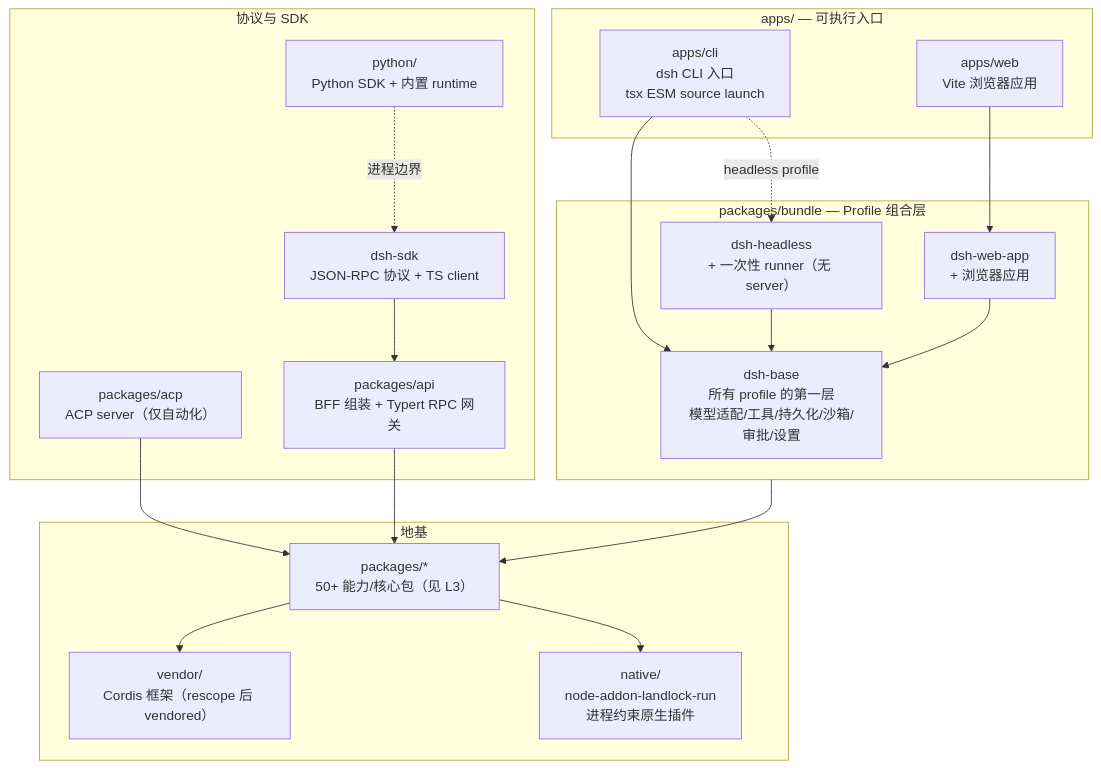
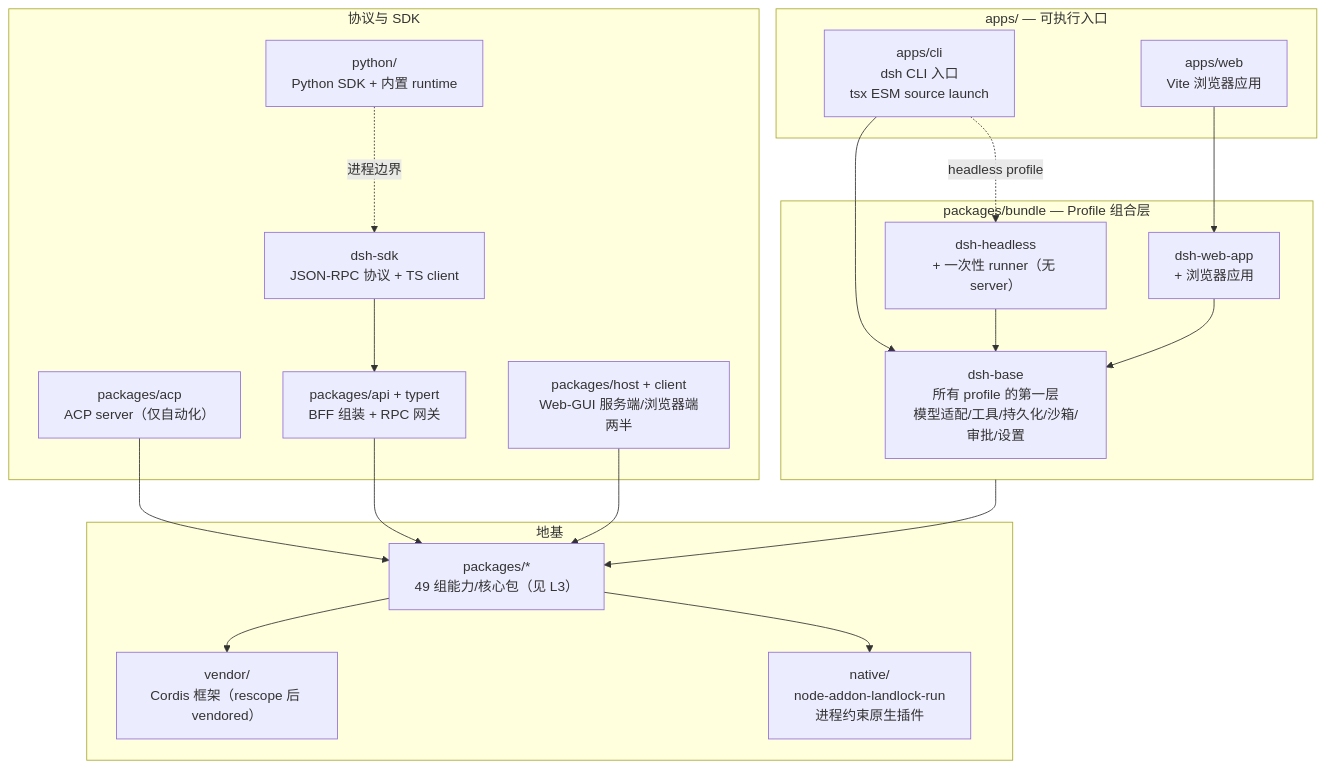
One commit to jununfly/ZDSHarness changed the second of 8 diagrams in docs/zj/architecture_panorama.md. Above: the diagram before and after it, drawn with Mermaid. The commit also changed other lines of this file and 8 other files, not shown here.

````diff
--- a/docs/zj/architecture_panorama.md
+++ b/docs/zj/architecture_panorama.md
@@ -62,39 +63,41 @@
 ```mermaid
 flowchart TB
     subgraph apps["apps/ — 可执行入口"]
         appcli["apps/cli<br/>dsh CLI 入口<br/>tsx ESM source launch"]
         appweb["apps/web<br/>Vite 浏览器应用"]
     end
 
     subgraph bundles["packages/bundle — Profile 组合层"]
         dbase["dsh-base<br/>所有 profile 的第一层<br/>模型适配/工具/持久化/沙箱/审批/设置"]
         dweb["dsh-web-app<br/>+ 浏览器应用"]
         dhead["dsh-headless<br/>+ 一次性 runner（无 server）"]
     end
 
     subgraph protos["协议与 SDK"]
         sdk["dsh-sdk<br/>JSON-RPC 协议 + TS client"]
         acp["packages/acp<br/>ACP server（仅自动化）"]
-        api["packages/api<br/>BFF 组装 + Typert RPC 网关"]
+        api["packages/api + typert<br/>BFF 组装 + RPC 网关"]
+        hostpkg["packages/host + client<br/>Web-GUI 服务端/浏览器端两半"]
         pysdk["python/<br/>Python SDK + 内置 runtime"]
     end
 
     subgraph foundation["地基"]
         cordis["vendor/<br/>Cordis 框架（rescope 后 vendored）"]
         nativepkg["native/<br/>node-addon-landlock-run<br/>进程约束原生插件"]
-        pkgs["packages/*<br/>50+ 能力/核心包（见 L3）"]
+        pkgs["packages/*<br/>49 组能力/核心包（见 L3）"]
     end
 
     appcli --> dbase
     appweb --> dweb
     appcli -.->|"headless profile"| dhead
     dweb --> dbase
     dhead --> dbase
     sdk --> api
     acp --> pkgs
     api --> pkgs
+    hostpkg --> pkgs
     bundles --> pkgs
     pkgs --> cordis
     pkgs --> nativepkg
     pysdk -.->|"进程边界"| sdk
 ```
````
